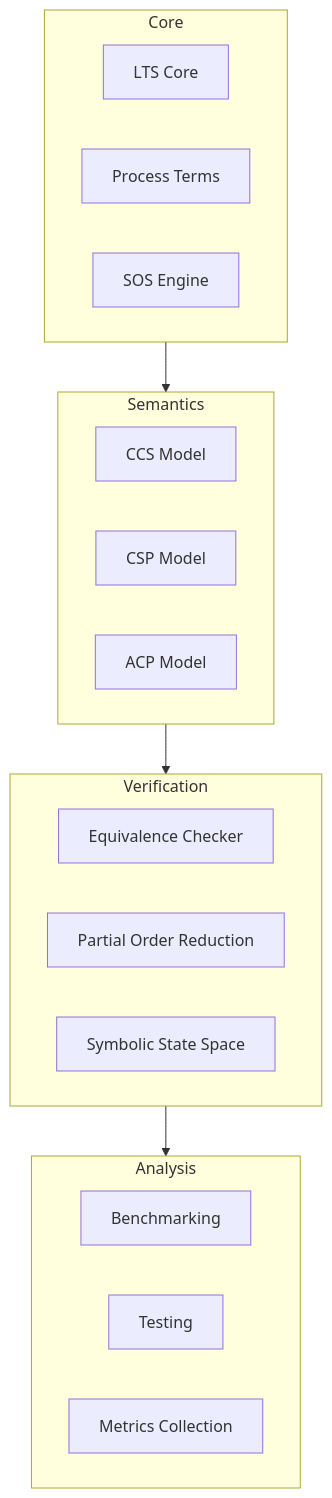
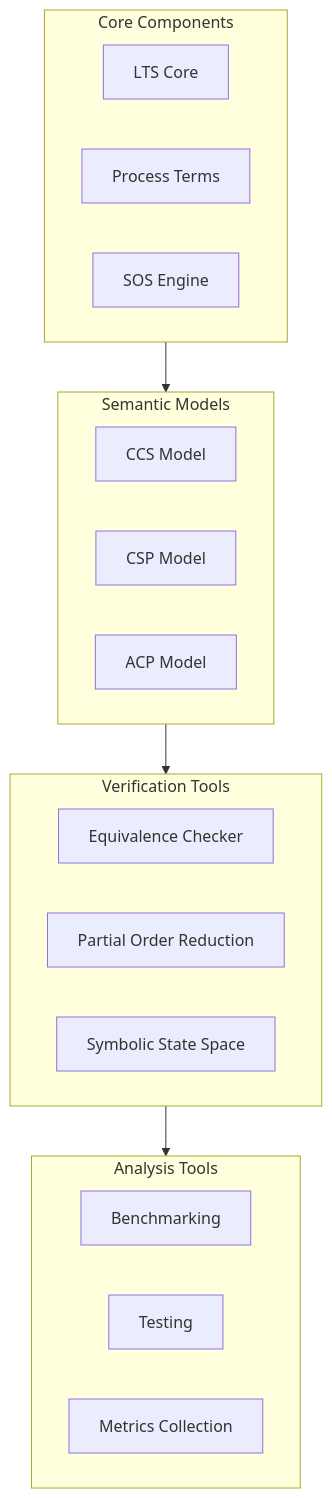
The first of 2 diagrams in process-algebra-verifier/README.md (yshaaban/pa), drawn with Mermaid before and after one commit. The commit also changed other lines of this file, not shown here.

Commit message:
Add mermaid diagrams to README for better visualization

````diff
--- a/process-algebra-verifier/README.md
+++ b/process-algebra-verifier/README.md
@@ -7,30 +7,30 @@
 ```mermaid
 graph TB
-    subgraph Core
+    subgraph Core[Core Components]
         LTS[LTS Core]
         Terms[Process Terms]
         SOS[SOS Engine]
     end
 
-    subgraph Semantics
+    subgraph Semantics[Semantic Models]
         CCS[CCS Model]
         CSP[CSP Model]
         ACP[ACP Model]
     end
 
-    subgraph Verification
+    subgraph Verification[Verification Tools]
         Equiv[Equivalence Checker]
         POR[Partial Order Reduction]
         Symb[Symbolic State Space]
     end
 
-    subgraph Analysis
+    subgraph Analysis[Analysis Tools]
         Bench[Benchmarking]
         Test[Testing]
         Metrics[Metrics Collection]
     end
 
     Core --> Semantics
     Semantics --> Verification
     Verification --> Analysis
 ```
````
